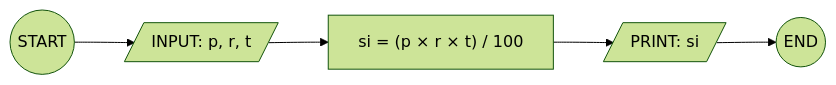
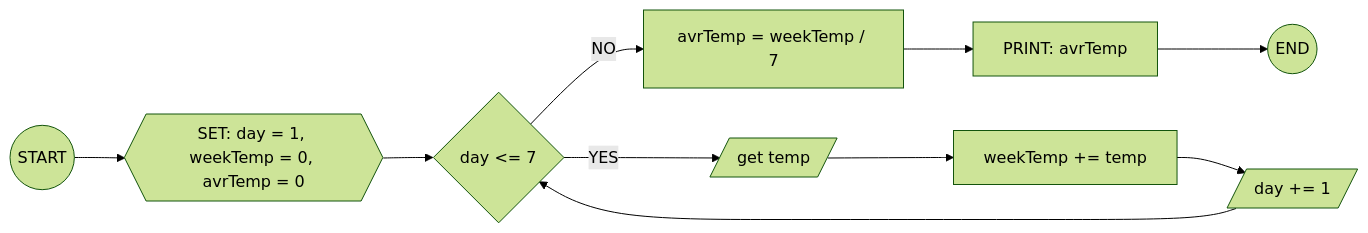
The first of 2 diagrams in Exercise6.md (ihabau/lexicon-WS-flowchats), drawn with Mermaid (forest theme) before and after one commit. The commit also changed other lines of this file and 1 other file, not shown here.

````diff
--- a/Exercise6.md
+++ b/Exercise6.md
@@ -29,7 +29,12 @@
 ```mermaid
 flowchart LR
-S((START)) --> INPUT[/INPUT: p, r, t/]
-INPUT --> CALC["si = (p × r × t) / 100"]
-CALC --> OUTPUT[/PRINT: si/]
-OUTPUT --> E((END))
+S((START)) --> DATA{{SET: day = 1, weekTemp = 0, avrTemp = 0}}
+DATA --> LOOP{day <= 7}
+LOOP -- NO -->CALCAVR[avrTemp = weekTemp / 7]
+CALCAVR --> PRINT[PRINT: avrTemp]
+PRINT --> E((END))
+LOOP -- YES --> GETTEMP[/get temp/]
+GETTEMP --> CALC[weekTemp += temp]
+CALC --> INC[/day += 1/]
+INC --> LOOP
 ```
````
